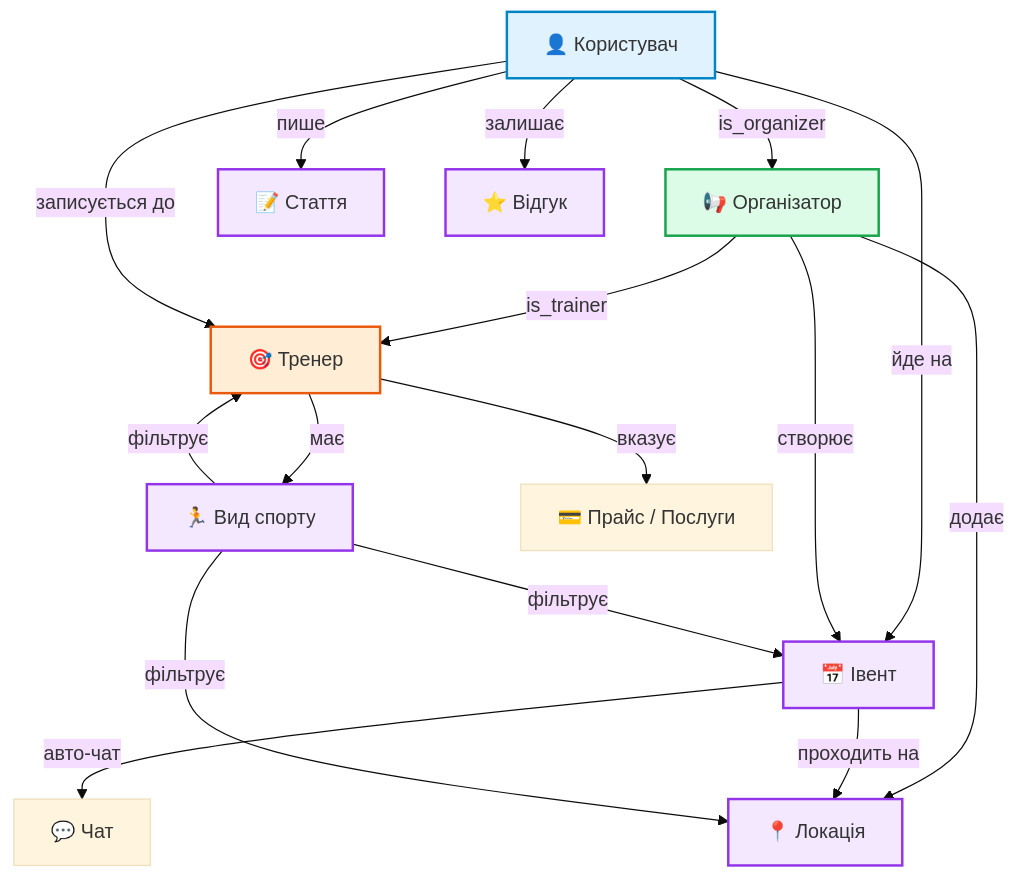
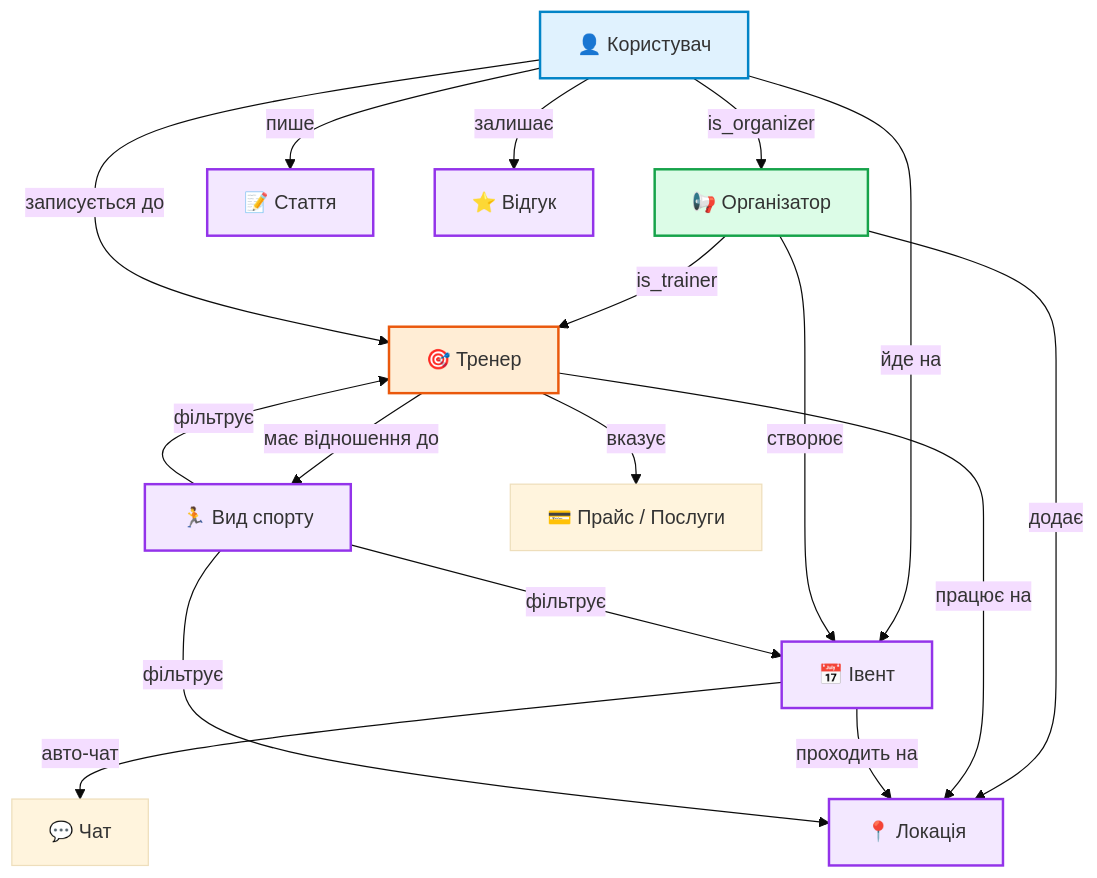
One commit to lingarmlana/na-sporti-documents changed the diagram in README.md. Above: the diagram before and after it, drawn with Mermaid (base theme).

````diff
--- a/README.md
+++ b/README.md
@@ -3,27 +3,28 @@
 ```mermaid
 graph TD
     classDef base fill:#e0f2fe,stroke:#0284c7,stroke-width:2px;
     classDef org fill:#dcfce7,stroke:#16a34a,stroke-width:2px;
     classDef trainer fill:#ffedd5,stroke:#ea580c,stroke-width:2px;
     classDef content fill:#f3e8ff,stroke:#9333ea,stroke-width:2px;
 
     U[👤 Користувач]:::base -->|is_organizer| O[📢 Організатор]:::org
     O -->|is_trainer| T[🎯 Тренер]:::trainer
 
     U -->|пише| A[📝 Стаття]:::content
     U -->|залишає| R[⭐ Відгук]:::content
     U -->|йде на| E[📅 Івент]:::content
     U -->|записується до| T
 
     O -->|створює| E
     O -->|додає| L[📍 Локація]:::content
 
-    T -->|має| S[🏃 Вид спорту]:::content
+    T -->|має відношення до| S[🏃 Вид спорту]:::content
     T -->|вказує| P[💳 Прайс / Послуги]
+    T -->|працює на| L
 
     E -->|проходить на| L
     E -->|авто-чат| C[💬 Чат]
     S -->|фільтрує| E
     S -->|фільтрує| L
     S -->|фільтрує| T
 ```
````
